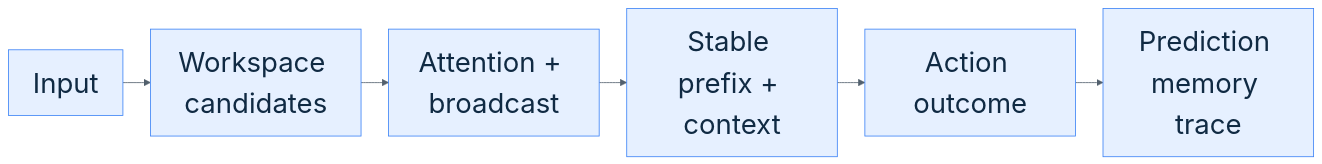
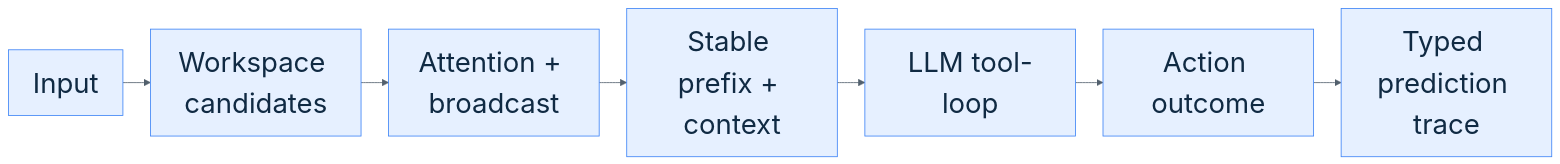
The second of 5 diagrams in docs/paper.md (Libertai/conscio), drawn with Mermaid before and after one commit. The commit also changed other lines of this file and 4 other files, not shown here.

````diff
--- a/docs/paper.md
+++ b/docs/paper.md
@@ -181,9 +185,10 @@
 ```mermaid
 %%{init: {"theme": "base", "themeVariables": {"fontFamily": "Inter, Arial, sans-serif", "fontSize": "34px", "primaryColor": "#e6f0ff", "primaryBorderColor": "#3b82f6", "primaryTextColor": "#102a43", "lineColor": "#52606d"}, "flowchart": {"htmlLabels": false, "nodeSpacing": 22, "rankSpacing": 34, "curve": "basis"}}}%%
 flowchart LR
     INPUT["Input"] --> CANDIDATES["Workspace candidates"]
     CANDIDATES --> ATTENTION["Attention + broadcast"]
     ATTENTION --> CONTEXT["Stable prefix + context"]
-    CONTEXT --> ACTION["Action outcome"]
-    ACTION --> REVIEW["Prediction memory trace"]
+    CONTEXT --> LOOP["LLM tool-loop"]
+    LOOP --> ACTION["Action outcome"]
+    ACTION --> REVIEW["Typed prediction trace"]
 ```
````
